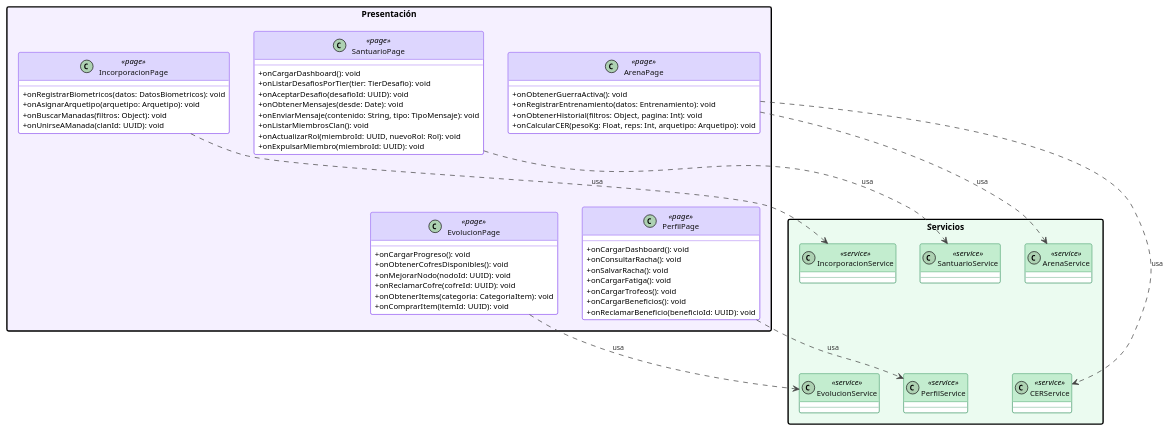
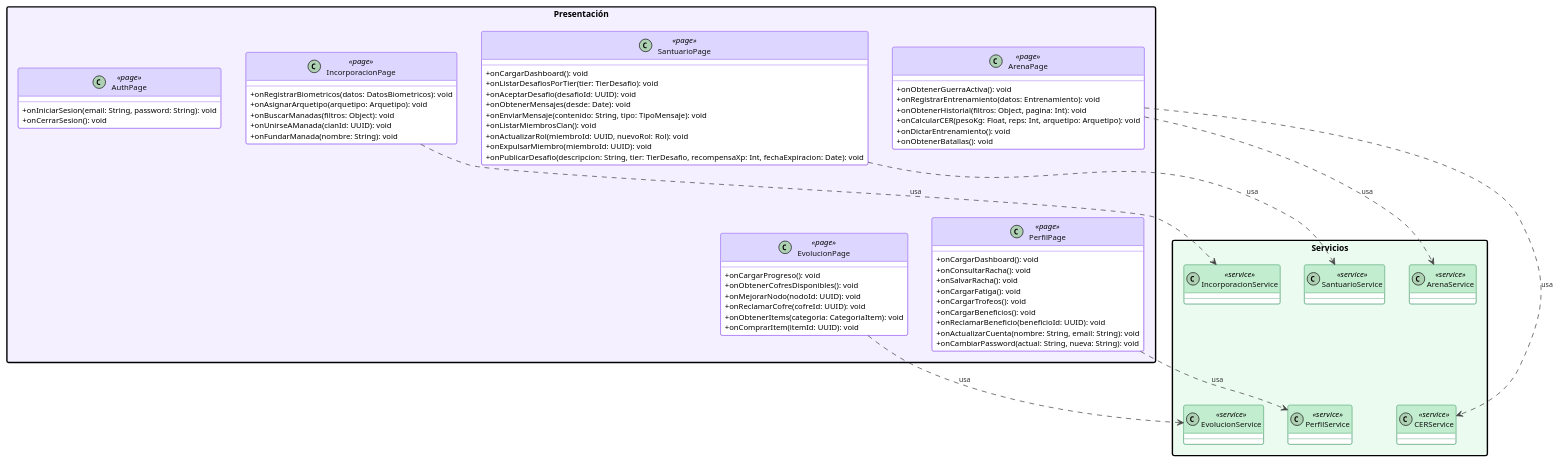
Before and after one commit to nicolassepulveda13/SAP: the diagram in silverback/docs/clases-presentacion.md, drawn with PlantUML. The commit also changed other lines of this file and 8 other files, not shown here.

```diff
--- a/silverback/docs/clases-presentacion.md
+++ b/silverback/docs/clases-presentacion.md
@@ -43,6 +45,11 @@
     +onAsignarArquetipo(arquetipo: Arquetipo): void
     +onBuscarManadas(filtros: Object): void
     +onUnirseAManada(clanId: UUID): void
+    +onFundarManada(nombre: String): void
+  }
+  class AuthPage <<page>> {
+    +onIniciarSesion(email: String, password: String): void
+    +onCerrarSesion(): void
   }
 
   class SantuarioPage <<page>> {
@@ -54,6 +61,7 @@
     +onListarMiembrosClan(): void
     +onActualizarRol(miembroId: UUID, nuevoRol: Rol): void
     +onExpulsarMiembro(miembroId: UUID): void
+    +onPublicarDesafio(descripcion: String, tier: TierDesafio, recompensaXp: Int, fechaExpiracion: Date): void
   }
 
   class ArenaPage <<page>> {
@@ -61,6 +69,8 @@
     +onRegistrarEntrenamiento(datos: Entrenamiento): void
     +onObtenerHistorial(filtros: Object, pagina: Int): void
     +onCalcularCER(pesoKg: Float, reps: Int, arquetipo: Arquetipo): void
+    +onDictarEntrenamiento(): void
+    +onObtenerBatallas(): void
   }
 
   class EvolucionPage <<page>> {
@@ -80,6 +90,8 @@
     +onCargarTrofeos(): void
     +onCargarBeneficios(): void
     +onReclamarBeneficio(beneficioId: UUID): void
+    +onActualizarCuenta(nombre: String, email: String): void
+    +onCambiarPassword(actual: String, nueva: String): void
   }
 
   ' Forzar layout 3 columnas fila 1 + 2 columnas fila 2
```
